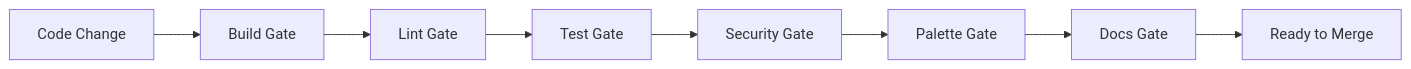
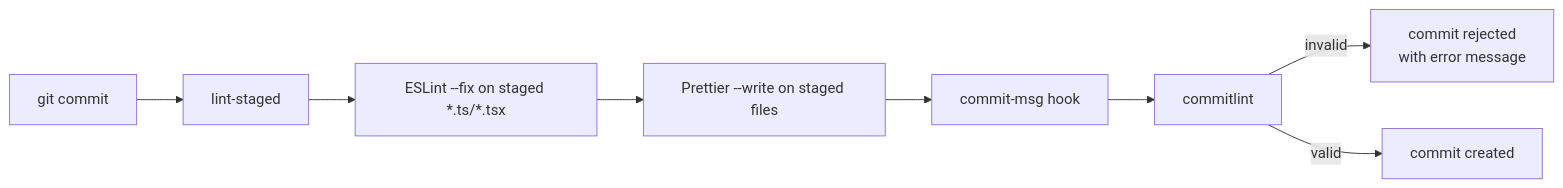
One commit to Oweeboi011/Fit-Ready-IQ changed diagram 14 of 18 in docs/solution-plan/SOLUTION-PLAN.md. Above: the diagram before and after it, drawn with Mermaid. The commit also changed other lines of this file and 15 other files, not shown here.

````diff
--- a/docs/solution-plan/SOLUTION-PLAN.md
+++ b/docs/solution-plan/SOLUTION-PLAN.md
@@ -757,10 +898,10 @@
 ```mermaid
 flowchart LR
-    A[Code Change] --> B[Build Gate]
-    B --> C[Lint Gate]
-    C --> D[Test Gate]
-    D --> E[Security Gate]
-    E --> F[Palette Gate]
-    F --> G[Docs Gate]
-    G --> H[Ready to Merge]
+    A[git commit] --> B[lint-staged]
+    B --> C[ESLint --fix on staged *.ts/*.tsx]
+    C --> D[Prettier --write on staged files]
+    D --> E[commit-msg hook]
+    E --> F[commitlint]
+    F -->|invalid| G[commit rejected\nwith error message]
+    F -->|valid| H[commit created]
 ```
````
